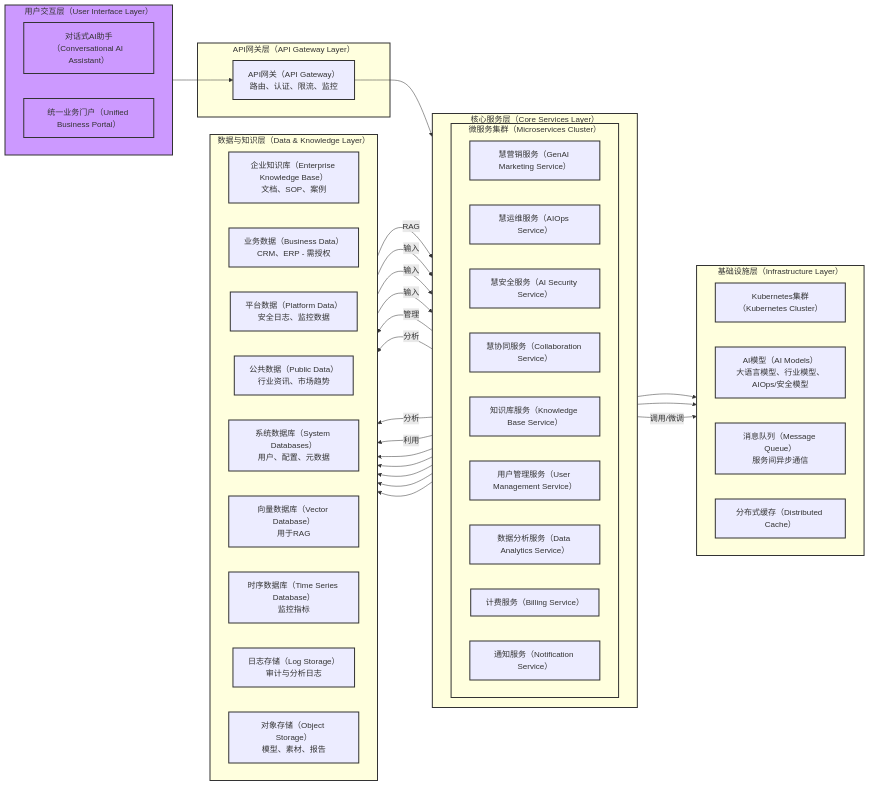
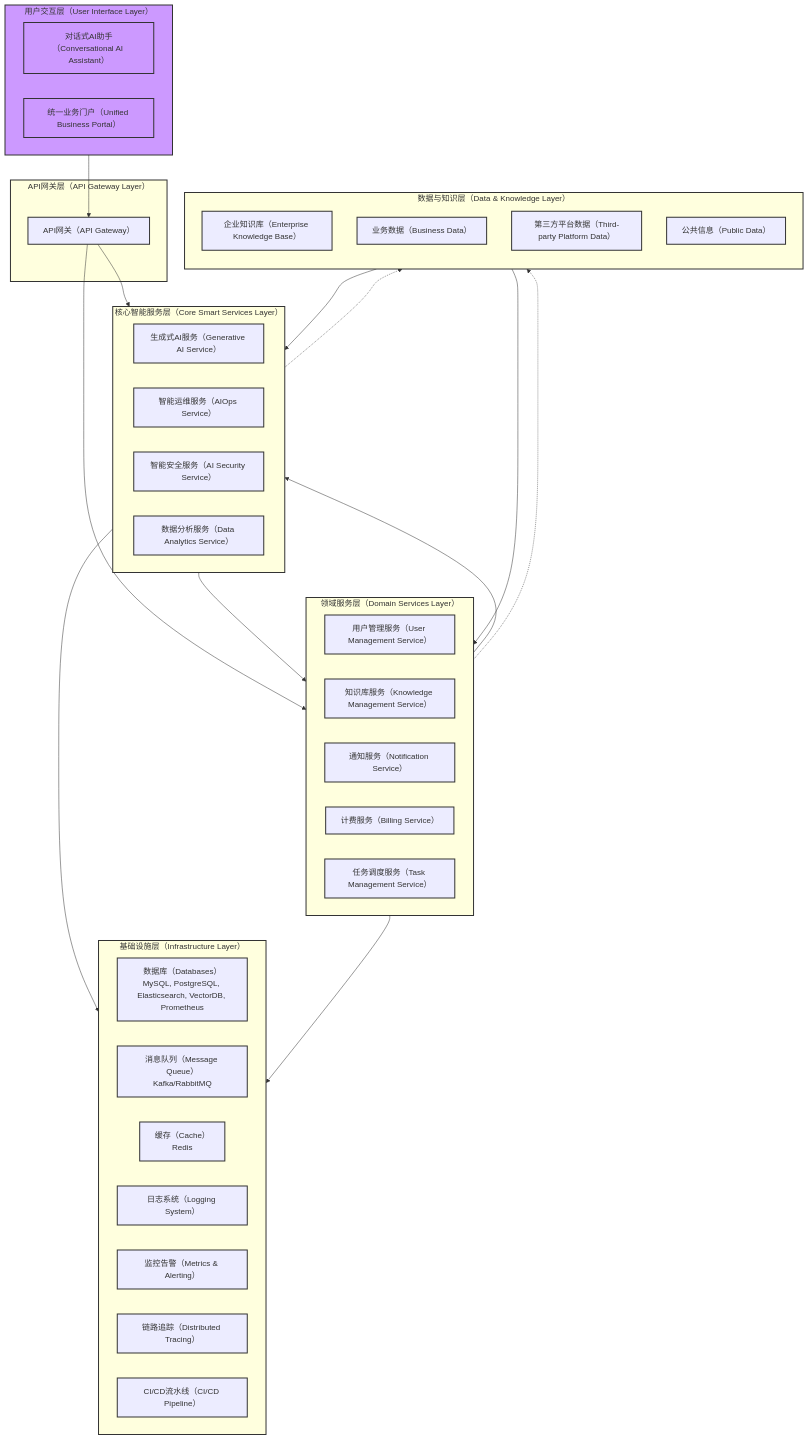
Before and after one commit to turtacn/huizhu.ai: the first of 3 diagrams in docs/architecture.md, drawn with Mermaid. The commit also changed other lines of this file and 1 other file, not shown here.

````diff
--- a/docs/architecture.md
+++ b/docs/architecture.md
@@ -47,81 +28,84 @@
 ```mermaid
-graph LR
-    subgraph USER_LAYER[用户交互层（User Interface Layer）]
+graph TD
+    %% 模块命名规则示例修订 "大写缩写[中文名称（英文术语）]"
+    subgraph UI[用户交互层（User Interface Layer）]
         direction LR
-        UI_Chat[对话式AI助手（Conversational AI Assistant）]
-        UI_Portal[统一业务门户（Unified Business Portal）]
+        CHAT[对话式AI助手（Conversational AI Assistant）]
+        PORTAL[统一业务门户（Unified Business Portal）]
     end
 
-    subgraph GW_LAYER[API网关层（API Gateway Layer）]
-        API_Gw[API网关（API Gateway）<br/>路由、认证、限流、监控]
+    subgraph GW[API网关层（API Gateway Layer）]
+        APIGW[API网关（API Gateway）]
     end
 
-    subgraph SERVICE_LAYER[核心服务层（Core Services Layer）]
+    subgraph CSVC[核心智能服务层（Core Smart Services Layer）]
         direction LR
-        subgraph MICROSERVICES[微服务集群（Microservices Cluster）]
-            MS_GenAI[慧营销服务（GenAI Marketing Service）]
-            MS_AIOps[慧运维服务（AIOps Service）]
-            MS_AISec[慧安全服务（AI Security Service）]
-            MS_Collab[慧协同服务（Collaboration Service）]
-            MS_Knowledge[知识库服务（Knowledge Base Service）]
-            MS_User[用户管理服务（User Management Service）]
-            MS_Analytics[数据分析服务（Data Analytics Service）]
-            MS_Billing[计费服务（Billing Service）]
-            MS_Notification[通知服务（Notification Service）]
-        end
+        GENAI_SVC[生成式AI服务（Generative AI Service）]
+        AIOPS_SVC[智能运维服务（AIOps Service）]
+        AISEC_SVC[智能安全服务（AI Security Service）]
+        DA_SVC[数据分析服务（Data Analytics Service）]
     end
 
-    subgraph DATA_LAYER[数据与知识层（Data & Knowledge Layer）]
+    subgraph DSVC[领域服务层（Domain Services Layer）]
         direction LR
-        DS_KnowledgeBase[企业知识库（Enterprise Knowledge Base）<br/>文档、SOP、案例]
-        DS_BusinessData[业务数据（Business Data）<br/>CRM、ERP - 需授权]
-        DS_PlatformData[平台数据（Platform Data）<br/>安全日志、监控数据]
-        DS_PublicData[公共数据（Public Data）<br/>行业资讯、市场趋势]
-        DS_SystemDB[系统数据库（System Databases）<br/>用户、配置、元数据]
-        DS_VectorDB[向量数据库（Vector Database）<br/>用于RAG]
-        DS_TSDB[时序数据库（Time Series Database）<br/>监控指标]
-        DS_LogStore[日志存储（Log Storage）<br/>审计与分析日志]
-        DS_ObjectStore[对象存储（Object Storage）<br/>模型、素材、报告]
+        USER_SVC[用户管理服务（User Management Service）]
+        KNOWLEDGE_SVC[知识库服务（Knowledge Management Service）]
+        NOTIFY_SVC[通知服务（Notification Service）]
+        BILLING_SVC[计费服务（Billing Service）]
+        TASK_SVC[任务调度服务（Task Management Service）]
     end
 
-    subgraph INFRA_LAYER[基础设施层（Infrastructure Layer）]
+    subgraph IS[基础设施层（Infrastructure Layer）]
         direction LR
-        INFRA_K8S[Kubernetes集群（Kubernetes Cluster）]
-        INFRA_Models[AI模型（AI Models）<br/>大语言模型、行业模型、AIOps/安全模型]
-        INFRA_MQ[消息队列（Message Queue）<br/>服务间异步通信]
-        INFRA_Cache[分布式缓存（Distributed Cache）]
+        DATABASES[数据库（Databases）<br/>MySQL, PostgreSQL, Elasticsearch, VectorDB, Prometheus]
+        MSG_QUEUE[消息队列（Message Queue）<br/>Kafka/RabbitMQ]
+        CACHE_STORE[缓存（Cache）<br/>Redis]
+        LOG_SYSTEM[日志系统（Logging System）]
+        METRIC_SYSTEM[监控告警（Metrics & Alerting）]
+        TRACE_SYSTEM[链路追踪（Distributed Tracing）]
+        CICD_PIPELINE[CI/CD流水线（CI/CD Pipeline）]
     end
 
-    USER_LAYER --> API_Gw
-    API_Gw --> MICROSERVICES
-    MICROSERVICES --> INFRA_MQ
-    MICROSERVICES --> DS_SystemDB
-    MICROSERVICES --> DS_VectorDB
-    MICROSERVICES --> DS_TSDB
-    MICROSERVICES --> DS_LogStore
-    MICROSERVICES --> DS_ObjectStore
-    MICROSERVICES --> INFRA_Cache
-    MICROSERVICES -- 调用/微调 --> INFRA_Models
-    MS_Knowledge -- 管理 --> DS_KnowledgeBase
-    MS_Analytics -- 分析 --> DS_BusinessData
-    MS_AIOps -- 分析 --> DS_PlatformData
-    MS_GenAI -- 利用 --> DS_PublicData
+    subgraph DK[数据与知识层（Data & Knowledge Layer）]
+        direction TB
+        EKB[企业知识库（Enterprise Knowledge Base）]
+        BIZ_DATA[业务数据（Business Data）]
+        PLATFORM_DATA[第三方平台数据（Third-party Platform Data）]
+        PUB_DATA[公共信息（Public Data）]
+    end
 
-    DS_KnowledgeBase -- RAG --> MS_Knowledge
-    DS_BusinessData -- 输入 --> MS_Analytics
-    DS_PlatformData -- 输入 --> MS_AIOps
-    DS_PublicData -- 输入 --> MS_GenAI
+    UI --> APIGW
+    APIGW --> CSVC
+    APIGW --> DSVC
 
+    CSVC --> DSVC 
+    %% 核心智能服务可能调用领域服务获取上下文或执行操作
+    DSVC --> CSVC 
+    %% 领域服务编排核心智能服务完成复杂业务
 
-    classDef user fill:#c9f,stroke:#333,stroke-width:2px;
-    classDef api fill:#orange,stroke:#333,stroke-width:2px;
-    classDef service fill:#lightgreen,stroke:#333,stroke-width:2px;
-    classDef data fill:#lightblue,stroke:#333,stroke-width:2px;
-    classDef infra fill:#lightgrey,stroke:#333,stroke-width:2px;
+    CSVC --> IS
+    DSVC --> IS
 
-    class USER_LAYER,UI_Chat,UI_Portal user;
-    class GW_LAYER,API_Gw api;
-    class SERVICE_LAYER,MICROSERVICES,MS_GenAI,MS_AIOps,MS_AISec,MS_Collab,MS_Knowledge,MS_User,MS_Analytics,MS_Billing,MS_Notification service;
-    class DATA_LAYER,DS_KnowledgeBase,DS_BusinessData,DS_PlatformData,DS_PublicData,DS_SystemDB,DS_VectorDB,DS_TSDB,DS_LogStore,DS_ObjectStore data;
-    class INFRA_LAYER,INFRA_K8S,INFRA_Models,INFRA_MQ,INFRA_Cache infra;
+    CSVC -.-> DK 
+    %% 利用数据进行模型训练和推理
+    DSVC -.-> DK 
+    %% 管理和访问业务及知识数据
+    DK --> CSVC 
+    %% 训练与推理数据输入
+    DK --> DSVC 
+    %% 业务数据与知识库数据输入
+
+    classDef ui fill:#c9f,stroke:#333,stroke-width:2px;
+    classDef gw fill:#orange,stroke:#333,stroke-width:2px;
+    classDef csvc fill:#lightgreen,stroke:#333,stroke-width:2px;
+    classDef dsvc fill:#skyblue,stroke:#333,stroke-width:2px;
+    classDef is fill:#yellow,stroke:#333,stroke-width:2px;
+    classDef dk fill:#lightblue,stroke:#333,stroke-width:2px;
+
+    class UI,CHAT,PORTAL ui;
+    class GW,APIGW gw;
+    class CSVC,GENAI_SVC,AIOPS_SVC,AISEC_SVC,DA_SVC csvc;
+    class DSVC,USER_SVC,KNOWLEDGE_SVC,NOTIFY_SVC,BILLING_SVC,TASK_SVC dsvc;
+    class IS,DATABASES,MSG_QUEUE,CACHE_STORE,LOG_SYSTEM,METRIC_SYSTEM,TRACE_SYSTEM,CICD_PIPELINE is;
+    class DK,EKB,BIZ_DATA,PLATFORM_DATA,PUB_DATA dk;
 ```
````
